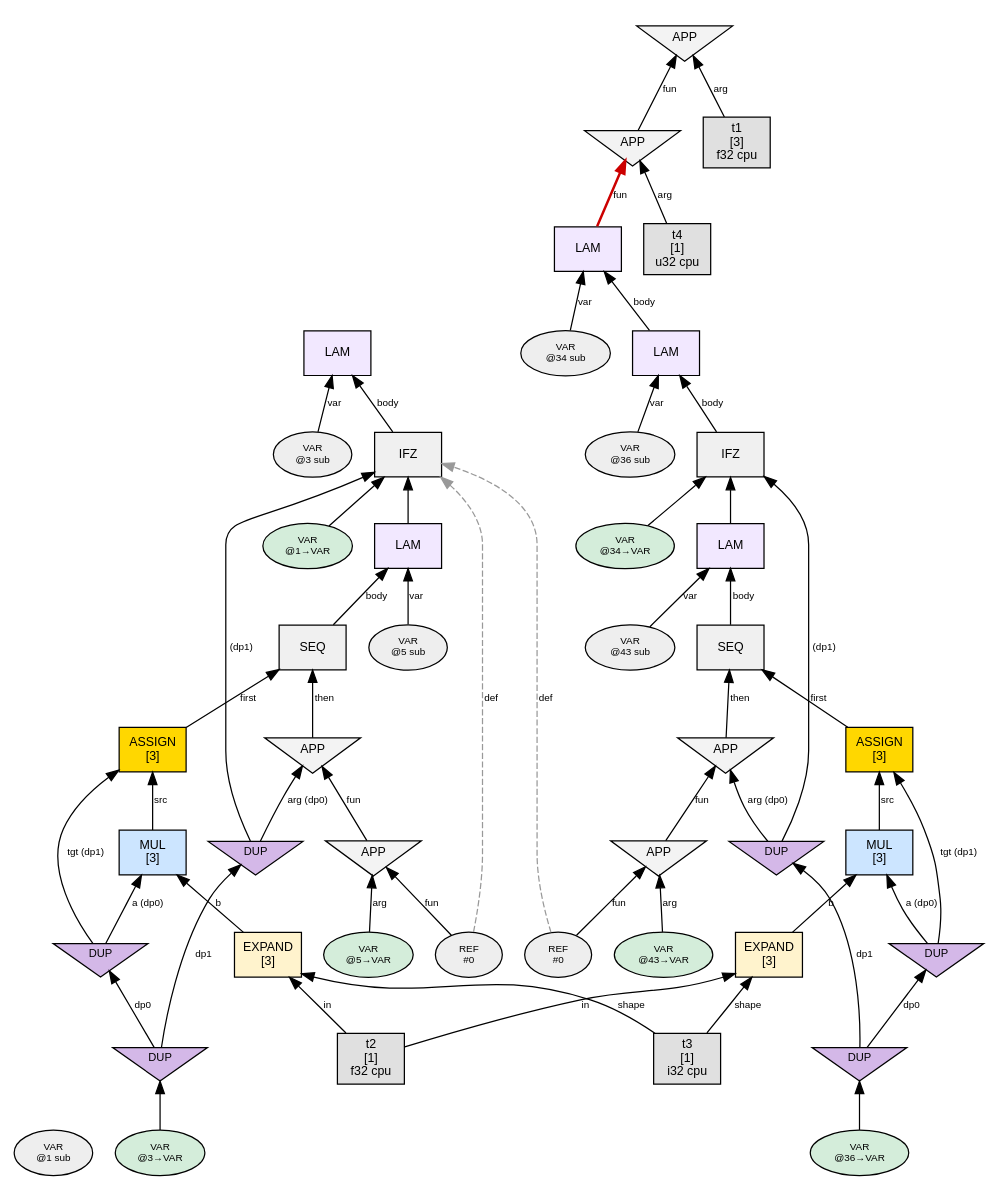
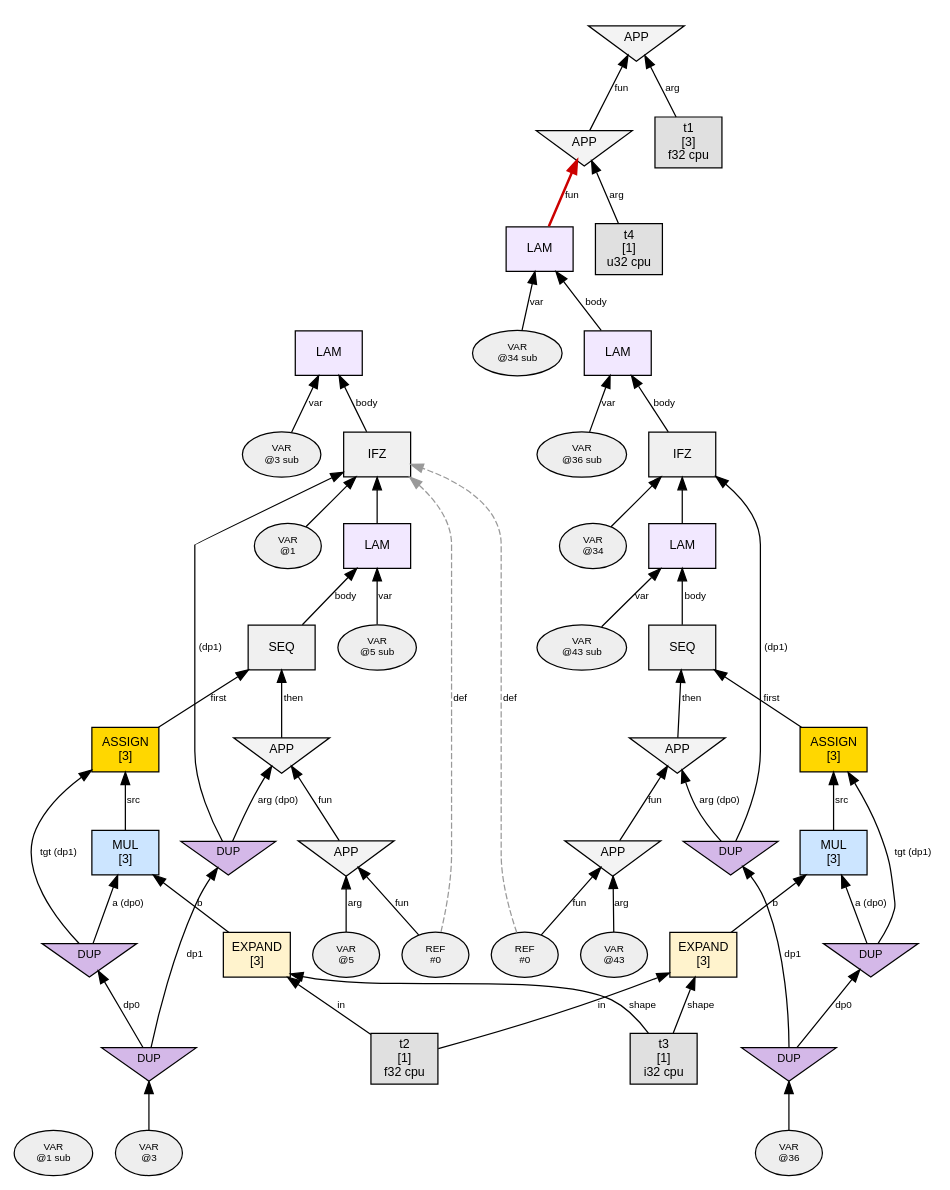
One commit to sw1sh/TinyHVM changed the diagram in phase1_graphs/loop_assign_simple/n0_steps/step_001_interact_REF.dot. Above: the diagram before and after it, drawn with Graphviz. The commit also changed 106 other files, not shown here.

```diff
--- a/phase1_graphs/loop_assign_simple/n0_steps/step_001_interact_REF.dot
+++ b/phase1_graphs/loop_assign_simple/n0_steps/step_001_interact_REF.dot
@@ -1,105 +1,105 @@
 digraph G {
   // PREV_INTERACTION: interact_REF
   // NEXT_INTERACTION: interact_APP
   rankdir=BT;
   node [fontname="Helvetica", fontsize=10, style=filled, shape=box, margin="0.1,0.05"];
   edge [fontsize=8, fontname="Helvetica"];
 
   var1 [label="VAR\n@1 sub", shape=oval, fillcolor="#eeeeee", fontsize=8];
   n3 [label="LAM", shape=box, fillcolor="#f2e8ff"];
   var3 [label="VAR\n@3 sub", shape=oval, fillcolor="#eeeeee", fontsize=8];
   var3 -> n3 [label="var"];
   n26 -> n3 [label="body"];
   n26 [label="IFZ", shape=box, fillcolor="#f0f0f0"];
-  var26 [label="VAR\n@1→VAR", shape=oval, fillcolor="#d4edda", fontsize=8];
+  var26 [label="VAR\n@1", shape=oval, fillcolor="#eeeeee", fontsize=8];
   var26 -> n26 [label=""];
   dup9 [label="DUP", shape=invtriangle, fillcolor="#d4b8e8", fontsize=9, width=0.7, height=0.5];
   dup7 -> dup9 [label="dp1"];
   dup7 [label="DUP", shape=invtriangle, fillcolor="#d4b8e8", fontsize=9, width=0.7, height=0.5];
-  var7 [label="VAR\n@3→VAR", shape=oval, fillcolor="#d4edda", fontsize=8];
+  var7 [label="VAR\n@3", shape=oval, fillcolor="#eeeeee", fontsize=8];
   var7 -> dup7;
   dup9 -> n26 [label=" (dp1)"];
   n5 -> n26 [label=""];
   var5 [label="VAR\n@5 sub", shape=oval, fillcolor="#eeeeee", fontsize=8];
   n24 [label="SEQ", shape=box, fillcolor="#f0f0f0"];
   n18 -> n24 [label="first"];
   n22 -> n24 [label="then"];
   n10 [label="EXPAND\n[3]", shape=box, fillcolor="#fff3cd"];
   t2 [label="t2\n[1]\nf32 cpu",shape=box,fillcolor="#e0e0e0"];
   t2 -> n10 [label="in"];
   t3 [label="t3\n[1]\ni32 cpu",shape=box,fillcolor="#e0e0e0"];
   t3 -> n10 [label="shape"];
   n14 [label="MUL\n[3]", shape=box, fillcolor="#cce5ff"];
   dup8 [label="DUP", shape=invtriangle, fillcolor="#d4b8e8", fontsize=9, width=0.7, height=0.5];
   dup7 -> dup8 [label="dp0"];
   dup8 -> n14 [label="a (dp0)"];
   n10 -> n14 [label="b"];
   ref20 [label="REF\n#0", shape=oval, fillcolor="#eeeeee", fontsize=8];
   ref20 -> n26 [style=dashed, color="#999999", label="def"];
+  var21 [label="VAR\n@5", shape=oval, fillcolor="#eeeeee", fontsize=8];
   n20 [label="APP", shape=invtriangle, fillcolor="#f3f3f3"];
   ref20 -> n20 [label="fun"];
-  var21 [label="VAR\n@5→VAR", shape=oval, fillcolor="#d4edda", fontsize=8];
   var21 -> n20 [label="arg"];
   n18 [label="ASSIGN\n[3]", shape=box, fillcolor="#ffd700"];
   dup8 -> n18 [label="tgt (dp1)"];
   n14 -> n18 [label="src"];
   n22 [label="APP", shape=invtriangle, fillcolor="#f3f3f3"];
   n20 -> n22 [label="fun"];
   dup9 -> n22 [label="arg (dp0)"];
   n5 [label="LAM", shape=box, fillcolor="#f2e8ff"];
   var5 -> n5 [label="var"];
   n24 -> n5 [label="body"];
   n34 [label="LAM", shape=box, fillcolor="#f2e8ff"];
   var34 [label="VAR\n@34 sub", shape=oval, fillcolor="#eeeeee", fontsize=8];
   var34 -> n34 [label="var"];
   n36 -> n34 [label="body"];
   n29 [label="APP", shape=invtriangle, fillcolor="#f3f3f3"];
   n34 -> n29 [label="fun",color="#cc0000",penwidth=2.0];
   t4 [label="t4\n[1]\nu32 cpu",shape=box,fillcolor="#e0e0e0"];
   t4 -> n29 [label="arg"];
   n31 [label="APP", shape=invtriangle, fillcolor="#f3f3f3"];
   n29 -> n31 [label="fun"];
   t1 [label="t1\n[3]\nf32 cpu",shape=box,fillcolor="#e0e0e0"];
   t1 -> n31 [label="arg"];
   n36 [label="LAM", shape=box, fillcolor="#f2e8ff"];
   var36 [label="VAR\n@36 sub", shape=oval, fillcolor="#eeeeee", fontsize=8];
   var36 -> n36 [label="var"];
   n38 -> n36 [label="body"];
   n38 [label="IFZ", shape=box, fillcolor="#f0f0f0"];
-  var38 [label="VAR\n@34→VAR", shape=oval, fillcolor="#d4edda", fontsize=8];
+  var38 [label="VAR\n@34", shape=oval, fillcolor="#eeeeee", fontsize=8];
   var38 -> n38 [label=""];
   dup41 [label="DUP", shape=invtriangle, fillcolor="#d4b8e8", fontsize=9, width=0.7, height=0.5];
   dup42 -> dup41 [label="dp1"];
   dup42 [label="DUP", shape=invtriangle, fillcolor="#d4b8e8", fontsize=9, width=0.7, height=0.5];
-  var42 [label="VAR\n@36→VAR", shape=oval, fillcolor="#d4edda", fontsize=8];
+  var42 [label="VAR\n@36", shape=oval, fillcolor="#eeeeee", fontsize=8];
   var42 -> dup42;
   dup41 -> n38 [label=" (dp1)"];
   n43 -> n38 [label=""];
   n43 [label="LAM", shape=box, fillcolor="#f2e8ff"];
   var43 [label="VAR\n@43 sub", shape=oval, fillcolor="#eeeeee", fontsize=8];
   var43 -> n43 [label="var"];
   n45 -> n43 [label="body"];
   n45 [label="SEQ", shape=box, fillcolor="#f0f0f0"];
   n47 -> n45 [label="first"];
   n54 -> n45 [label="then"];
   n47 [label="ASSIGN\n[3]", shape=box, fillcolor="#ffd700"];
   dup49 [label="DUP", shape=invtriangle, fillcolor="#d4b8e8", fontsize=9, width=0.7, height=0.5];
   dup42 -> dup49 [label="dp0"];
   dup49 -> n47 [label="tgt (dp1)"];
   n50 -> n47 [label="src"];
   n54 [label="APP", shape=invtriangle, fillcolor="#f3f3f3"];
   n56 -> n54 [label="fun"];
   dup41 -> n54 [label="arg (dp0)"];
   n50 [label="MUL\n[3]", shape=box, fillcolor="#cce5ff"];
   dup49 -> n50 [label="a (dp0)"];
   n52 -> n50 [label="b"];
   n52 [label="EXPAND\n[3]", shape=box, fillcolor="#fff3cd"];
   t2 -> n52 [label="in"];
   t3 -> n52 [label="shape"];
   n56 [label="APP", shape=invtriangle, fillcolor="#f3f3f3"];
   ref56 [label="REF\n#0", shape=oval, fillcolor="#eeeeee", fontsize=8];
   ref56 -> n56 [label="fun"];
-  var57 [label="VAR\n@43→VAR", shape=oval, fillcolor="#d4edda", fontsize=8];
+  var57 [label="VAR\n@43", shape=oval, fillcolor="#eeeeee", fontsize=8];
   var57 -> n56 [label="arg"];
   ref56 -> n26 [style=dashed, color="#999999", label="def"];
 }
```
